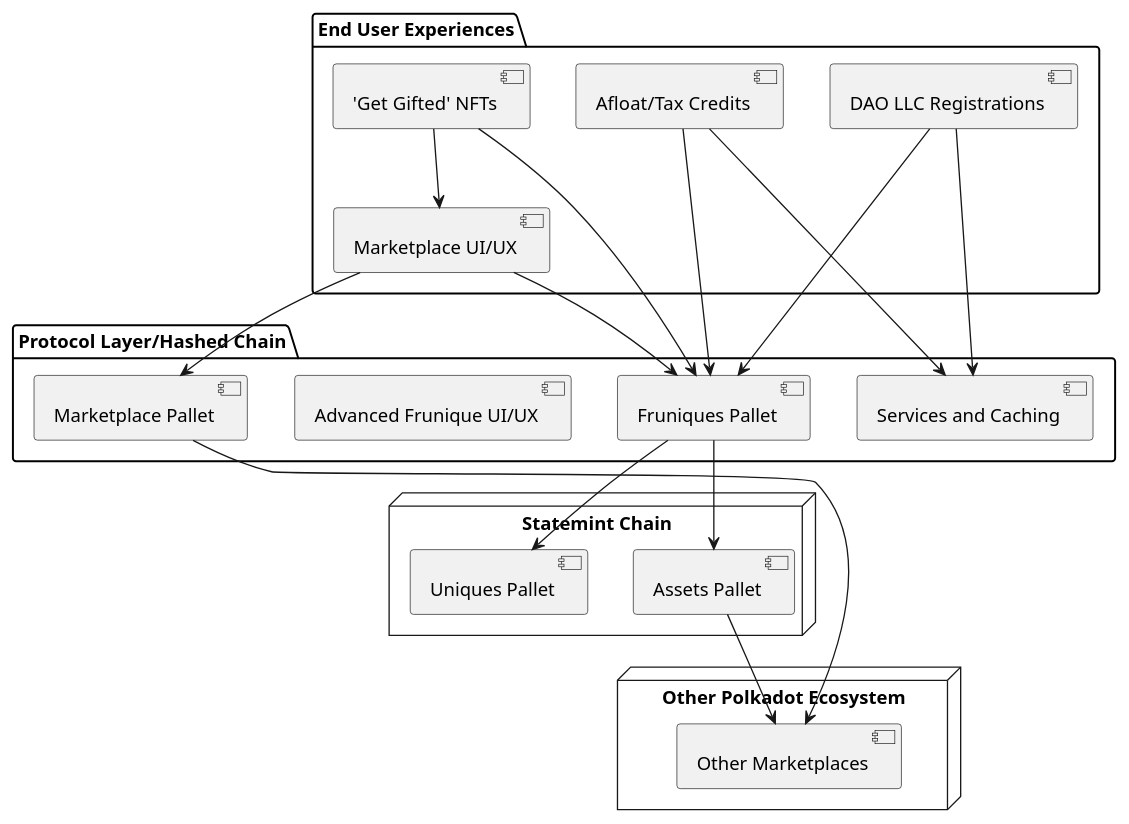
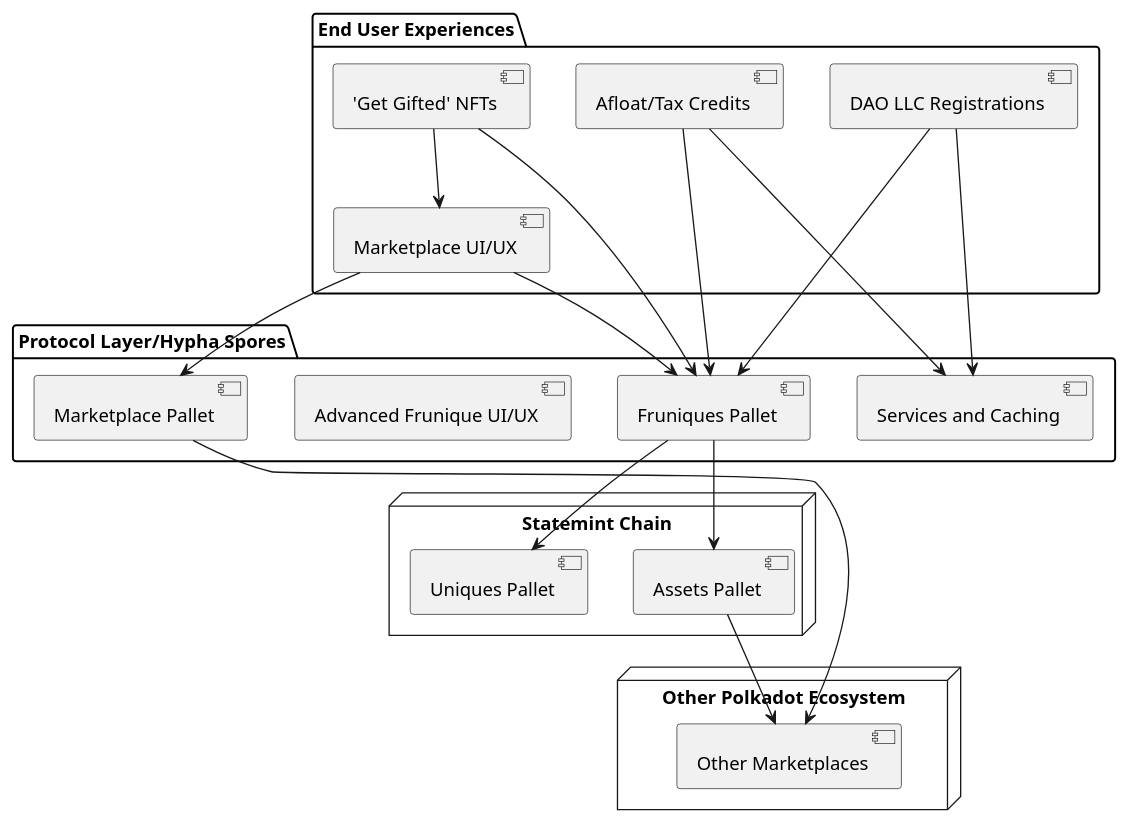
One commit to hashed-io/hashed-substrate changed the diagram in docs/hashed-chain-arch.iuml. Above: the diagram before and after it, drawn with PlantUML. The commit also changed 17 other files, not shown here.

```diff
--- a/docs/hashed-chain-arch.iuml
+++ b/docs/hashed-chain-arch.iuml
@@ -1,31 +1,31 @@
 @startuml architecture
 node "Other Polkadot Ecosystem" as OPE {
   [Other Marketplaces]
 }
 
-package "Protocol Layer/Hashed Chain" {
+package "Protocol Layer/Hypha Spores" {
   [Fruniques Pallet]
   [Marketplace Pallet] --> [Other Marketplaces]
   [Advanced Frunique UI/UX]
   [Services and Caching]
 }
 
 node "Statemint Chain" as SC {
   [Uniques Pallet]
   [Fruniques Pallet] --> [Uniques Pallet]
   [Fruniques Pallet] --> [Assets Pallet]
   [Assets Pallet]
   [Assets Pallet] --> [Other Marketplaces]
 }
 
 package "End User Experiences" {
   [Afloat/Tax Credits] --> [Fruniques Pallet]
   [Afloat/Tax Credits] --> [Services and Caching]
   [DAO LLC Registrations] --> [Fruniques Pallet]
   [DAO LLC Registrations] --> [Services and Caching]
   ['Get Gifted' NFTs] --> [Fruniques Pallet]
   [Marketplace UI/UX] --> [Fruniques Pallet]
   [Marketplace UI/UX] --> [Marketplace Pallet]
   ['Get Gifted' NFTs] --> [Marketplace UI/UX]
 }
 @enduml
```
